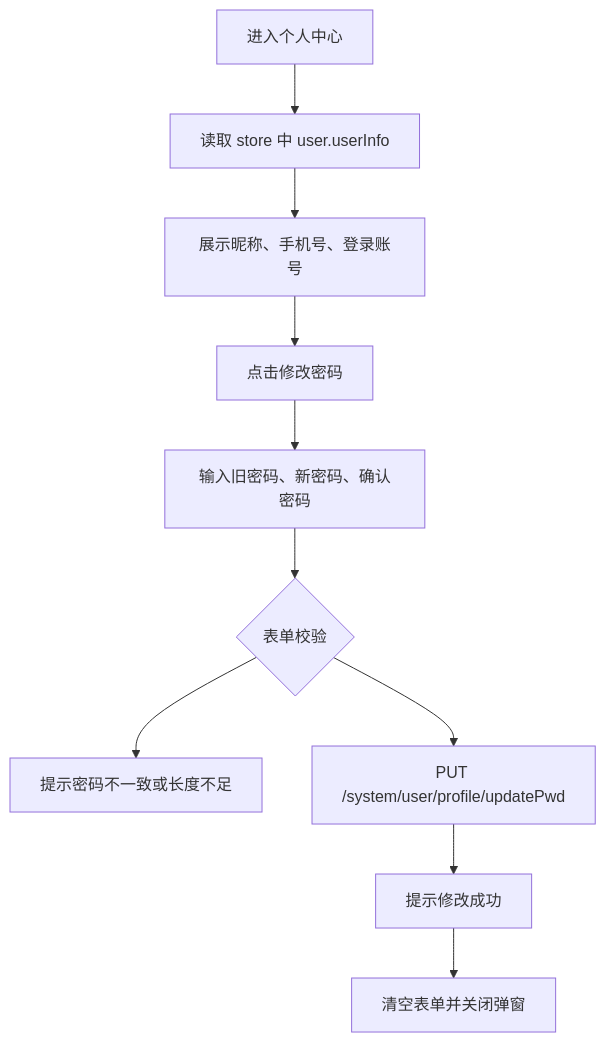
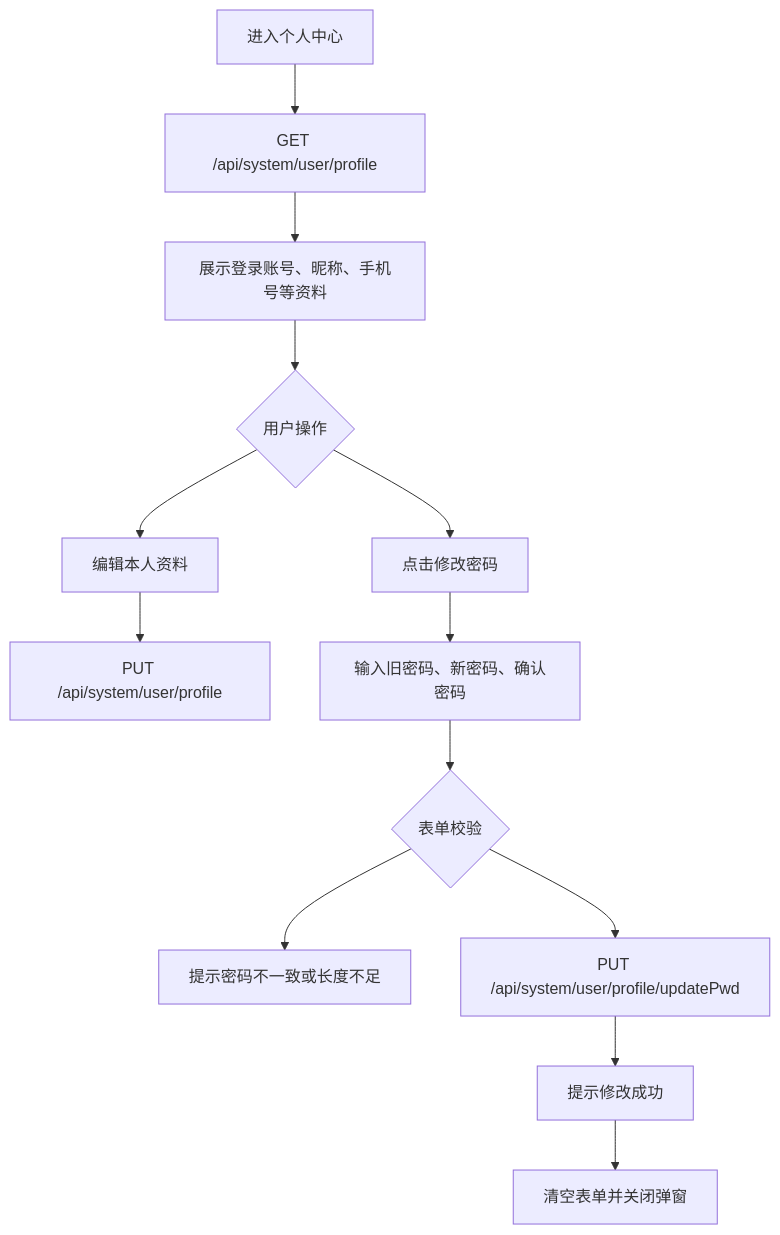
Before and after one commit to 960602906/skyroc: the third of 5 diagrams in docs/business-flows/13-auth-personal-legacy.md, drawn with Mermaid. The commit also changed other lines of this file and 16 other files, not shown here.

Commit message:
Add current user profile and password APIs

````diff
--- a/docs/business-flows/13-auth-personal-legacy.md
+++ b/docs/business-flows/13-auth-personal-legacy.md
@@ -80,12 +80,15 @@
 ```mermaid
 flowchart TD
-  A["进入个人中心"] --> B["读取 store 中 user.userInfo"]
-  B --> C["展示昵称、手机号、登录账号"]
-  C --> D["点击修改密码"]
-  D --> E["输入旧密码、新密码、确认密码"]
-  E --> F{"表单校验"}
-  F --> G["提示密码不一致或长度不足"]
-  F --> H["PUT /system/user/profile/updatePwd"]
-  H --> I["提示修改成功"]
-  I --> J["清空表单并关闭弹窗"]
+  A["进入个人中心"] --> B["GET /api/system/user/profile"]
+  B --> C["展示登录账号、昵称、手机号等资料"]
+  C --> D{"用户操作"}
+  D --> E["编辑本人资料"]
+  E --> F["PUT /api/system/user/profile"]
+  D --> G["点击修改密码"]
+  G --> H["输入旧密码、新密码、确认密码"]
+  H --> I{"表单校验"}
+  I --> J["提示密码不一致或长度不足"]
+  I --> K["PUT /api/system/user/profile/updatePwd"]
+  K --> L["提示修改成功"]
+  L --> M["清空表单并关闭弹窗"]
 ```
````
